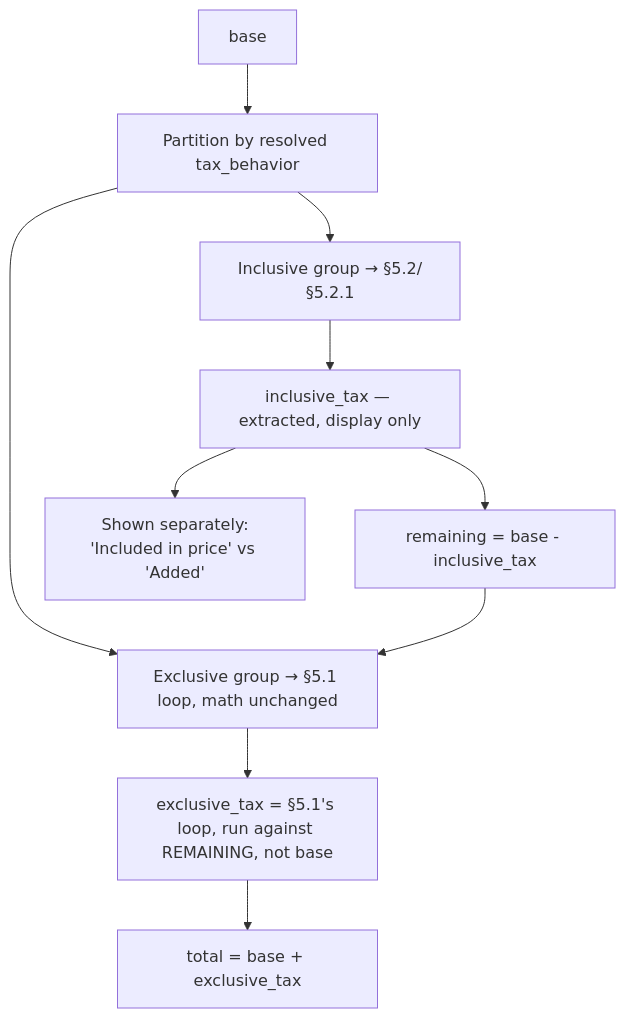
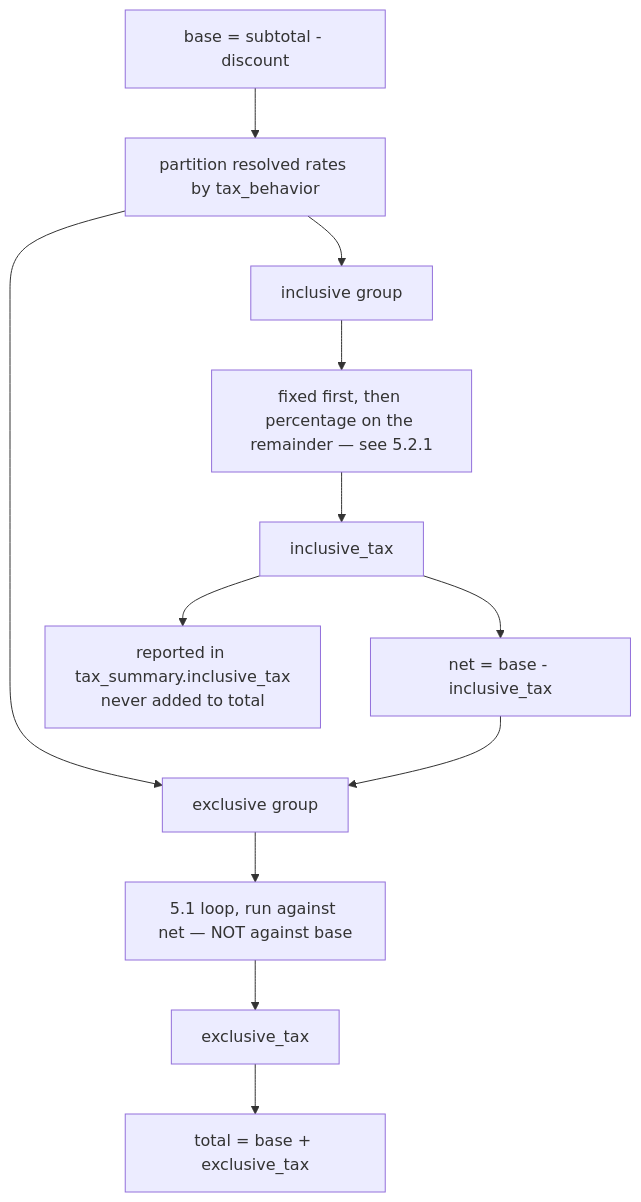
Before and after one commit to subratsahilgupta/flexprice: the fourth of 5 diagrams in docs/design/2026-08-17-FLE-1187-taxation-lineitem-inclusive.md, drawn with Mermaid. The commit also changed other lines of this file, not shown here.

Commit message:
redefine math, logic add support for exemption

````diff
--- a/docs/design/2026-08-17-FLE-1187-taxation-lineitem-inclusive.md
+++ b/docs/design/2026-08-17-FLE-1187-taxation-lineitem-inclusive.md
@@ -206,12 +462,14 @@
 ```mermaid
 flowchart TD
-    S["base"] --> P["Partition by resolved tax_behavior"]
-    P --> IN["Inclusive group → §5.2/§5.2.1"]
-    IN --> ITAX["inclusive_tax — extracted, display only"]
-    ITAX --> REM["remaining = base - inclusive_tax"]
-    P --> EX["Exclusive group → §5.1 loop, math unchanged"]
-    REM --> EX
-    EX --> ETAX["exclusive_tax = §5.1's loop, run against REMAINING, not base"]
+    S["base = subtotal - discount"] --> P["partition resolved rates by tax_behavior"]
+    P --> INC["inclusive group"]
+    P --> EXC["exclusive group"]
+    INC --> I1["fixed first, then percentage on the remainder — see 5.2.1"]
+    I1 --> ITAX["inclusive_tax"]
+    ITAX --> NET["net = base - inclusive_tax"]
+    NET --> EXC
+    EXC --> E1["5.1 loop, run against net — NOT against base"]
+    E1 --> ETAX["exclusive_tax"]
     ETAX --> TOTAL["total = base + exclusive_tax"]
-    ITAX --> SUMMARY["Shown separately:<br/>'Included in price' vs 'Added'"]
+    ITAX --> REPORT["reported in tax_summary.inclusive_tax<br/>never added to total"]
 ```
````
